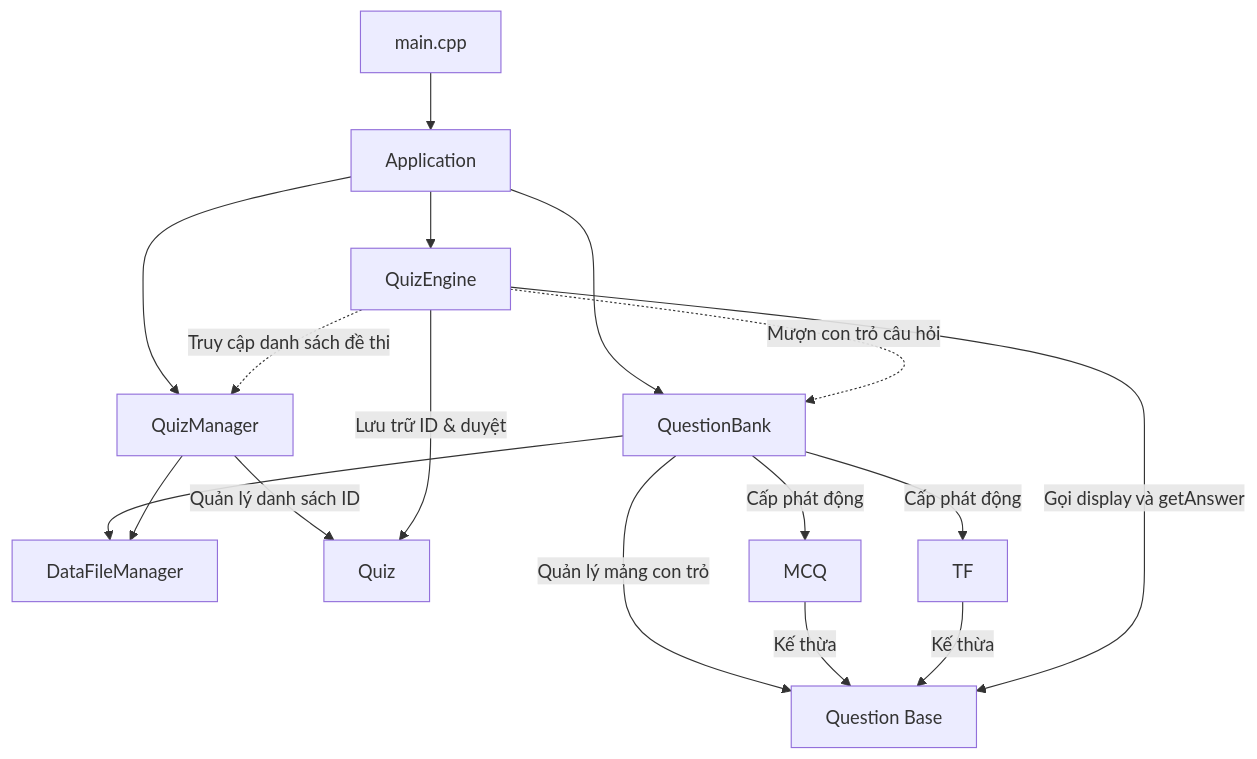
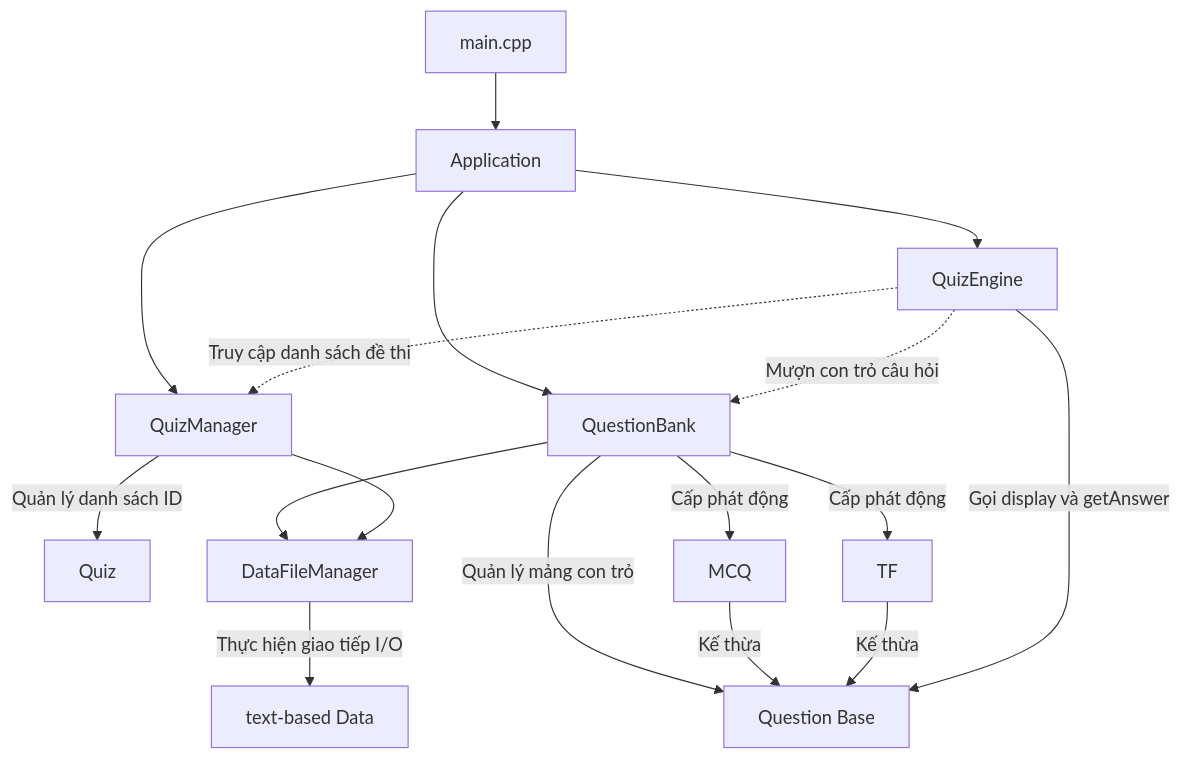
One commit to KhoayTay/QuizSystem changed the diagram in QuizSystem/README.md. Above: the diagram before and after it, drawn with Mermaid.

Commit message:
sua so do README

````diff
--- a/QuizSystem/README.md
+++ b/QuizSystem/README.md
@@ -41,25 +41,26 @@
 ```mermaid
 graph TD
     Main[main.cpp] --> App[Application]
 
     App --> QB[QuestionBank]
     App --> QM[QuizManager]
     App --> QE[QuizEngine]
+    QM -- Quản lý danh sách ID --> QZ[Quiz]
 
     QB --> DFM[DataFileManager]
     QM --> DFM[DataFileManager]
 
     QB -- Quản lý mảng con trỏ --> Q[Question Base]
-    QM -- Quản lý danh sách ID --> QZ[Quiz]
 
     MCQ -- Kế thừa --> Q
     TF -- Kế thừa --> Q
 
     QB -- Cấp phát động --> MCQ
     QB -- Cấp phát động --> TF
 
     QE -. Truy cập danh sách đề thi .-> QM
     QE -. Mượn con trỏ câu hỏi .-> QB
-    QE -- Lưu trữ ID & duyệt --> QZ
     QE -- Gọi display và getAnswer --> Q
+
+    DFM -- Thực hiện giao tiếp I/O --> TBD[text-based Data]
 ```
````
